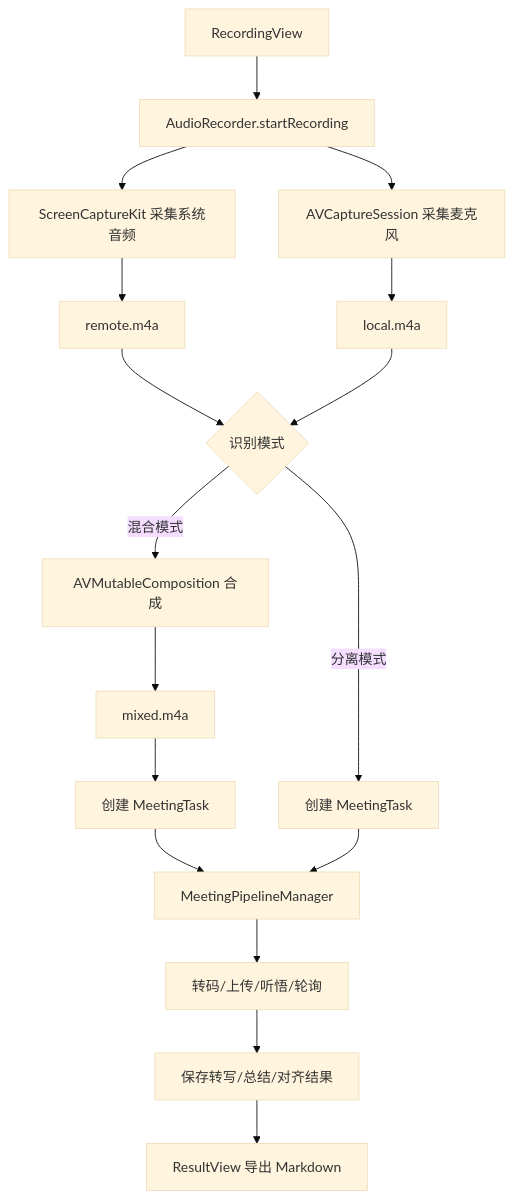
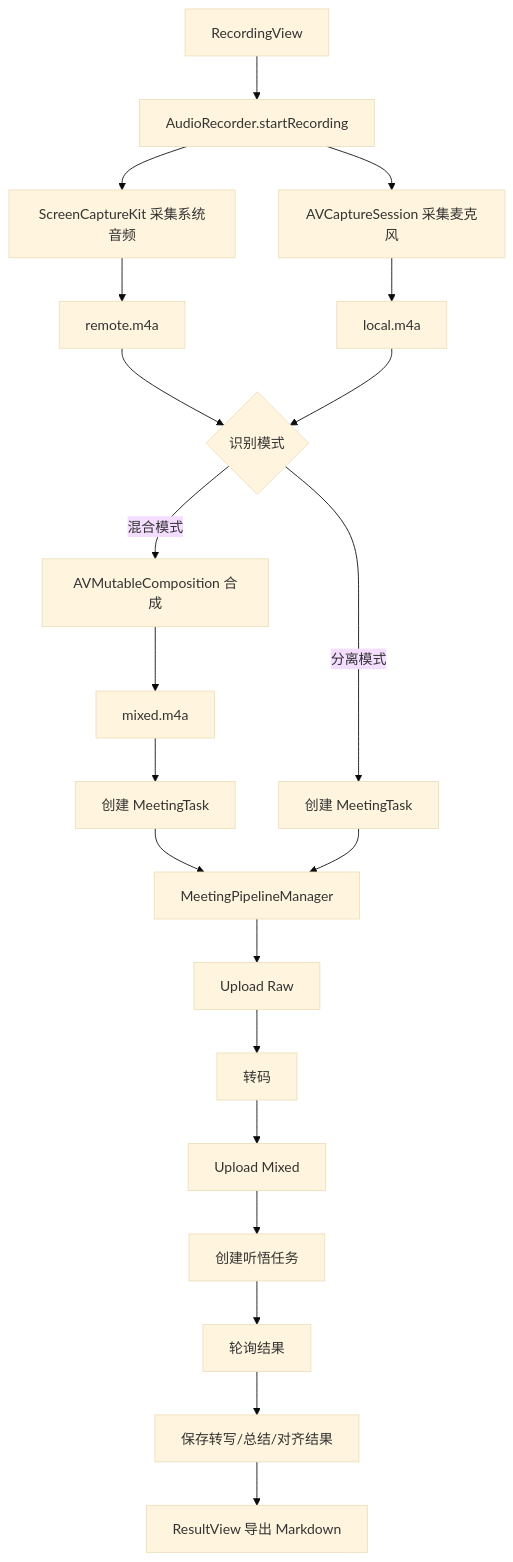
Before and after one commit to mistbit/VoiceMemo: the diagram in doc/01-architecture-overview.zh-CN.md, drawn with Mermaid (base theme). The commit also changed other lines of this file and 10 other files, not shown here.

Commit message:
Doc: update documentation for Upload Raw pipeline step and manual controls (#18)

````diff
--- a/doc/01-architecture-overview.zh-CN.md
+++ b/doc/01-architecture-overview.zh-CN.md
@@ -48,24 +48,28 @@
 ```mermaid
 flowchart TD
   A[RecordingView] --> B[AudioRecorder.startRecording]
   B --> C[ScreenCaptureKit 采集系统音频]
   B --> D[AVCaptureSession 采集麦克风]
   C --> E[remote.m4a]
   D --> F[local.m4a]
   
   E --> G1{识别模式}
   F --> G1
   
   G1 -->|混合模式| H1[AVMutableComposition 合成]
   H1 --> H2[mixed.m4a]
   H2 --> I1[创建 MeetingTask]
   I1 --> J1[MeetingPipelineManager]
   
   G1 -->|分离模式| I2[创建 MeetingTask]
   I2 --> J1
   
-  J1 --> K[转码/上传/听悟/轮询]
+  J1 --> K1[Upload Raw]
+  K1 --> K2[转码]
+  K2 --> K3[Upload Mixed]
+  K3 --> K4[创建听悟任务]
+  K4 --> K5[轮询结果]
   
-  K --> O[保存转写/总结/对齐结果]
+  K5 --> O[保存转写/总结/对齐结果]
   O --> P[ResultView 导出 Markdown]
 ```
````
